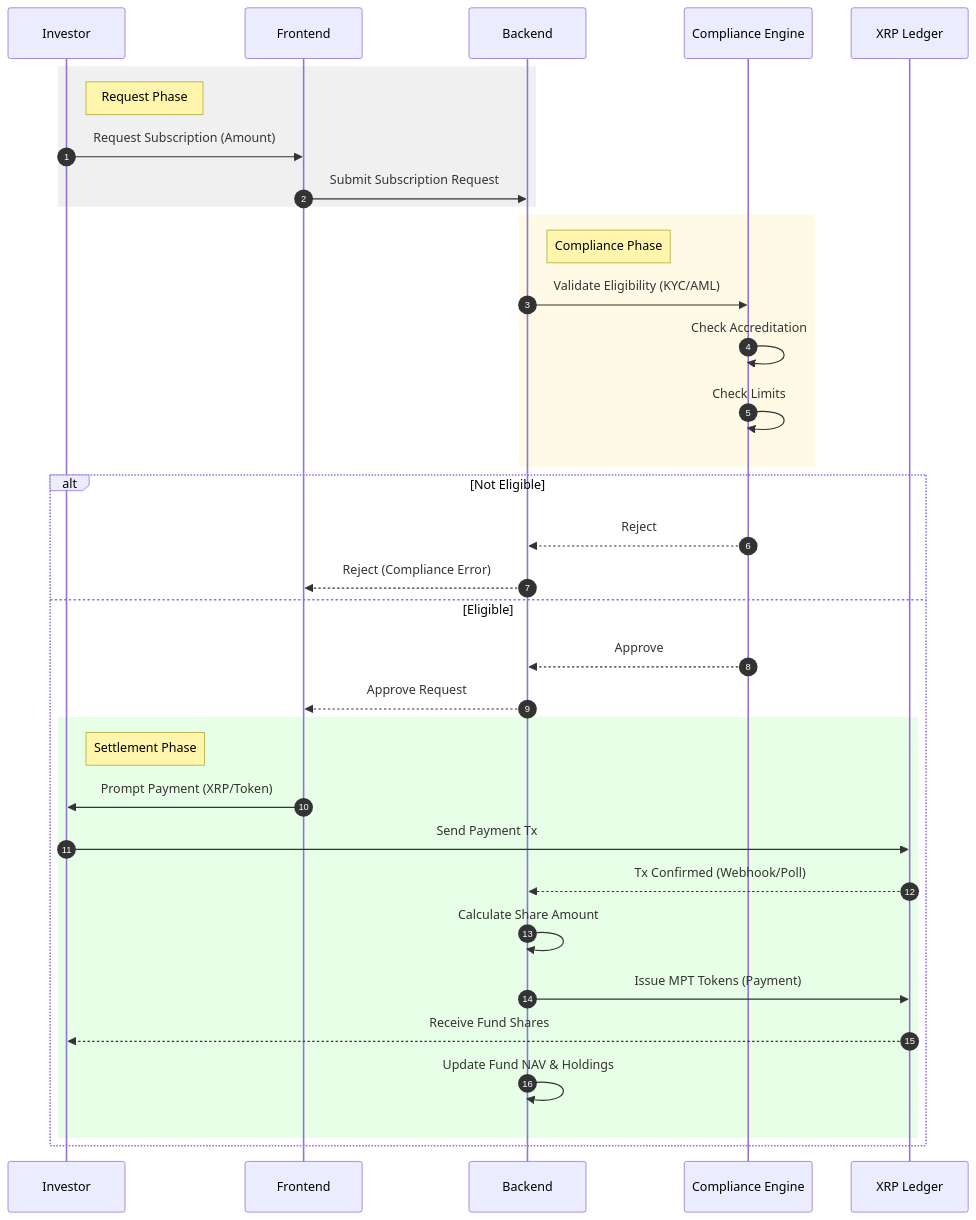
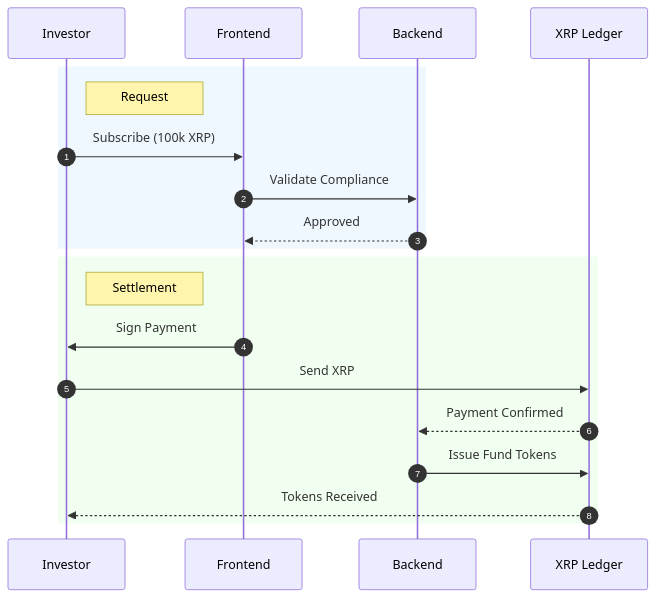
One commit to MrDecryptDecipher/xrpl-institutional-fund-management changed the fifth of 17 diagrams in README.md. Above: the diagram before and after it, drawn with Mermaid. The commit also changed other lines of this file, not shown here.

Commit message:
docs: final polish of readme with high-contrast diagrams and fixes

````diff
--- a/README.md
+++ b/README.md
@@ -250,41 +223,24 @@
 ```mermaid
 sequenceDiagram
     autonumber
     participant Inv as Investor
     participant UI as Frontend
     participant API as Backend
-    participant Compliance as Compliance Engine
     participant XRPL as XRP Ledger
 
-    rect rgb(240, 240, 240)
-    Note right of Inv: Request Phase
-    Inv->>UI: Request Subscription (Amount)
-    UI->>API: Submit Subscription Request
+    rect rgb(240, 248, 255)
+    Note right of Inv: Request
+    Inv->>UI: Subscribe (100k XRP)
+    UI->>API: Validate Compliance
+    API-->>UI: Approved
     end
 
-    rect rgb(255, 250, 230)
-    Note right of API: Compliance Phase
-    API->>Compliance: Validate Eligibility (KYC/AML)
-    Compliance->>Compliance: Check Accreditation
-    Compliance->>Compliance: Check Limits
-    end
-
-    alt Not Eligible
-        Compliance-->>API: Reject
-        API-->>UI: Reject (Compliance Error)
-    else Eligible
-        Compliance-->>API: Approve
-        API-->>UI: Approve Request
-        
-        rect rgb(230, 255, 230)
-        Note right of Inv: Settlement Phase
-        UI->>Inv: Prompt Payment (XRP/Token)
-        Inv->>XRPL: Send Payment Tx
-        XRPL-->>API: Tx Confirmed (Webhook/Poll)
-        API->>API: Calculate Share Amount
-        API->>XRPL: Issue MPT Tokens (Payment)
-        XRPL-->>Inv: Receive Fund Shares
-        API->>API: Update Fund NAV & Holdings
-        end
+    rect rgb(240, 255, 240)
+    Note right of Inv: Settlement
+    UI->>Inv: Sign Payment
+    Inv->>XRPL: Send XRP
+    XRPL-->>API: Payment Confirmed
+    API->>XRPL: Issue Fund Tokens
+    XRPL-->>Inv: Tokens Received
     end
 ```
````
